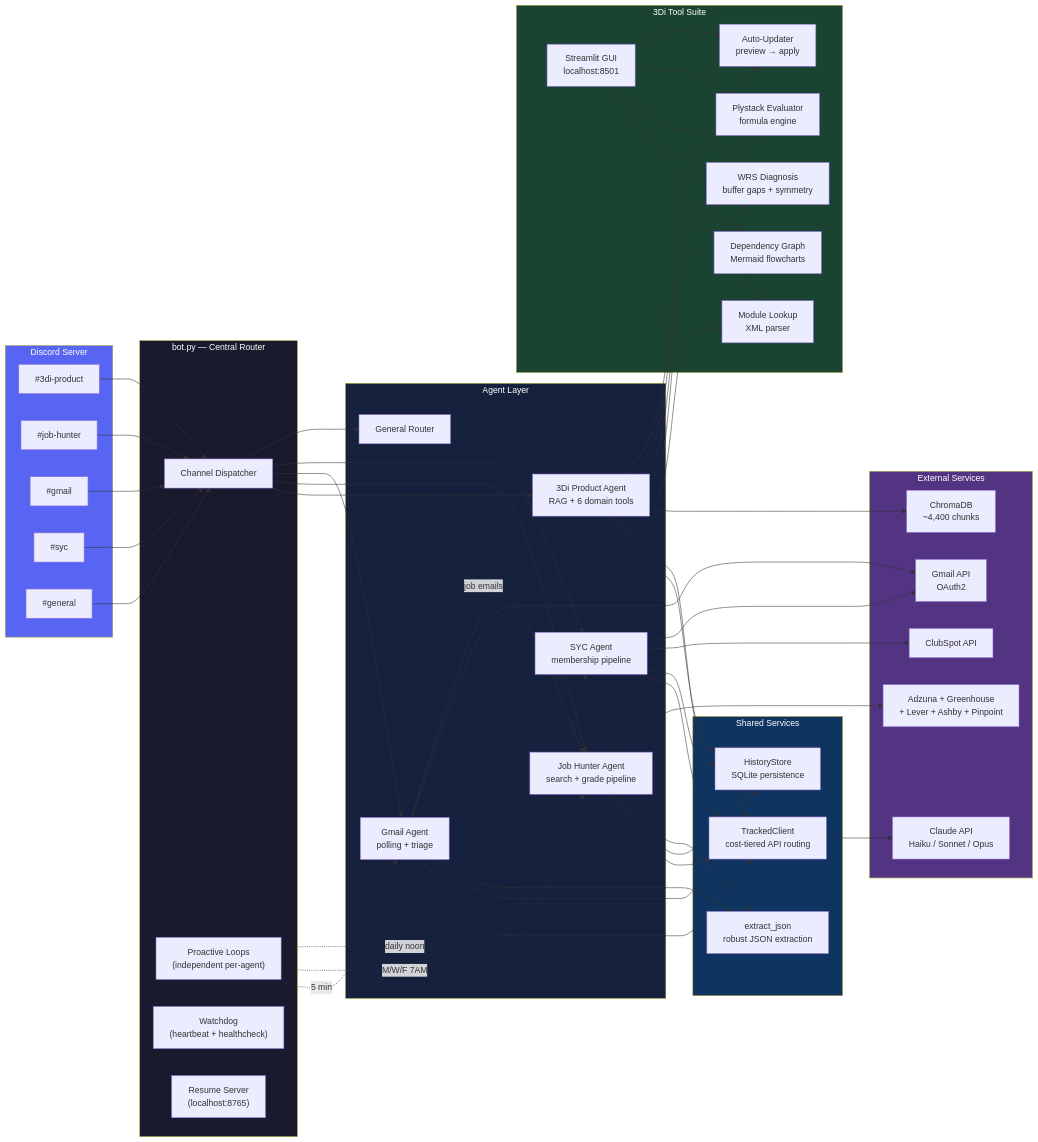
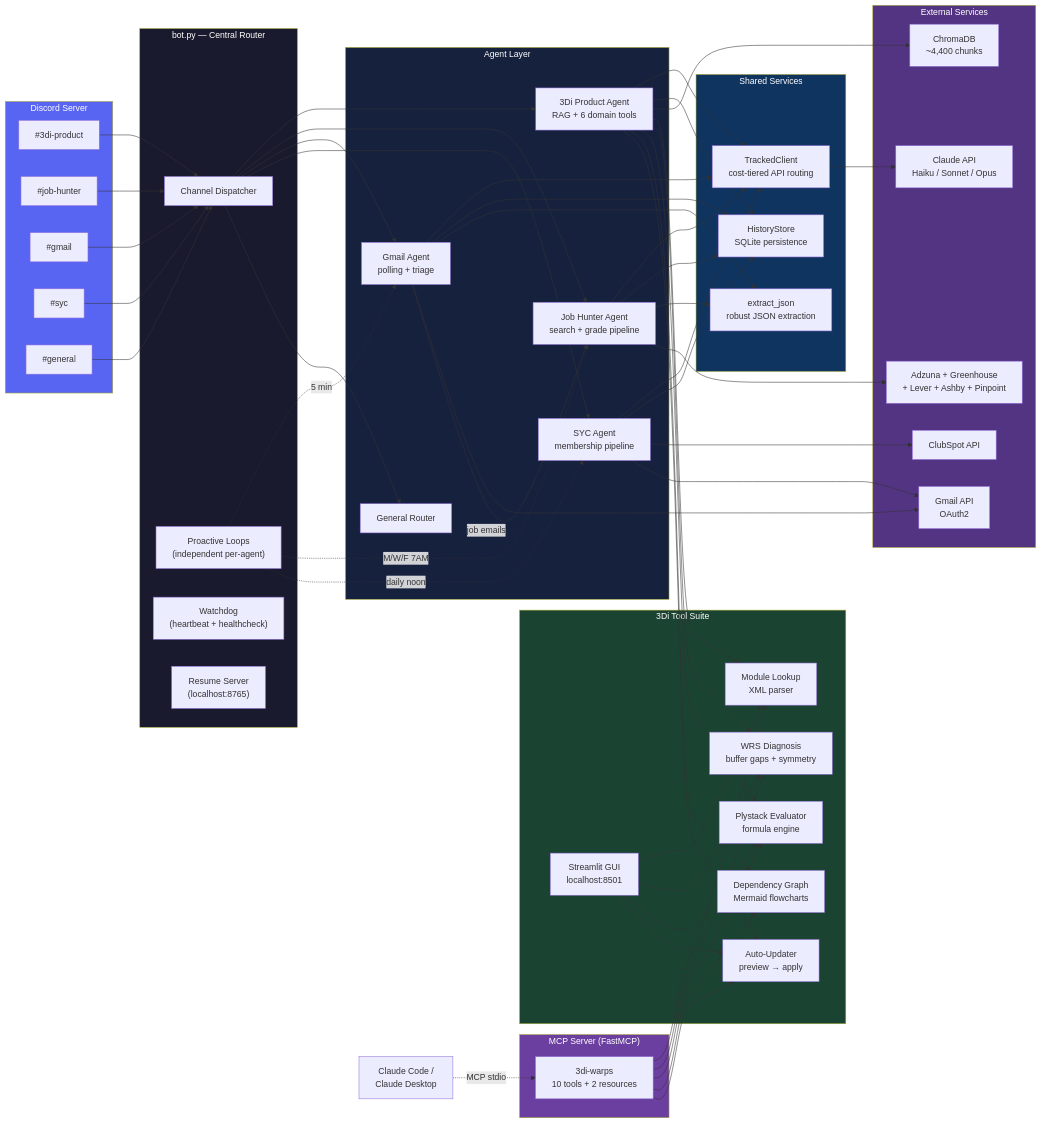
One commit to brodttaylor-ops/agenthub changed the diagram in README.md. Above: the diagram before and after it, drawn with Mermaid. The commit also changed other lines of this file and 1 other file, not shown here.

Commit message:
Add MCP server for 3Di tools — Claude Code gets direct tool access
FastMCP server exposes all 10 domain analysis tools (module lookup, plystack
evaluation, WRS diagnosis, dependency graphs, auto-updater) plus domain
reference documents as MCP resources. Claude Code/Desktop connects over stdio
and can call deterministic tools alongside its own reasoning — replacing the
Discord bot as the primary interface for multi-file analysis sessions.

````diff
--- a/README.md
+++ b/README.md
@@ -44,6 +44,10 @@
         TC["TrackedClient<br/>cost-tiered API routing"]
         HS["HistoryStore<br/>SQLite persistence"]
         UJ["extract_json<br/>robust JSON extraction"]
+    end
+
+    subgraph MCP["MCP Server (FastMCP)"]
+        MS["3di-warps<br/>10 tools + 2 resources"]
     end
 
     subgraph External["External Services"]
@@ -94,6 +98,12 @@
     T6 --> T2
     T6 --> T3
     T6 --> T5
+    MS --> T1
+    MS --> T2
+    MS --> T3
+    MS --> T4
+    MS --> T5
+    CC["Claude Code /<br/>Claude Desktop"] -.->|"MCP stdio"| MS
     A3 --> GM
     A4 --> CS
     A4 --> GM
@@ -106,5 +116,6 @@
     style Agents fill:#16213e,color:#fff
     style Shared fill:#0f3460,color:#fff
     style ThreeDiTools fill:#1b4332,color:#fff
+    style MCP fill:#6b3fa0,color:#fff
     style External fill:#533483,color:#fff
 ```
````
